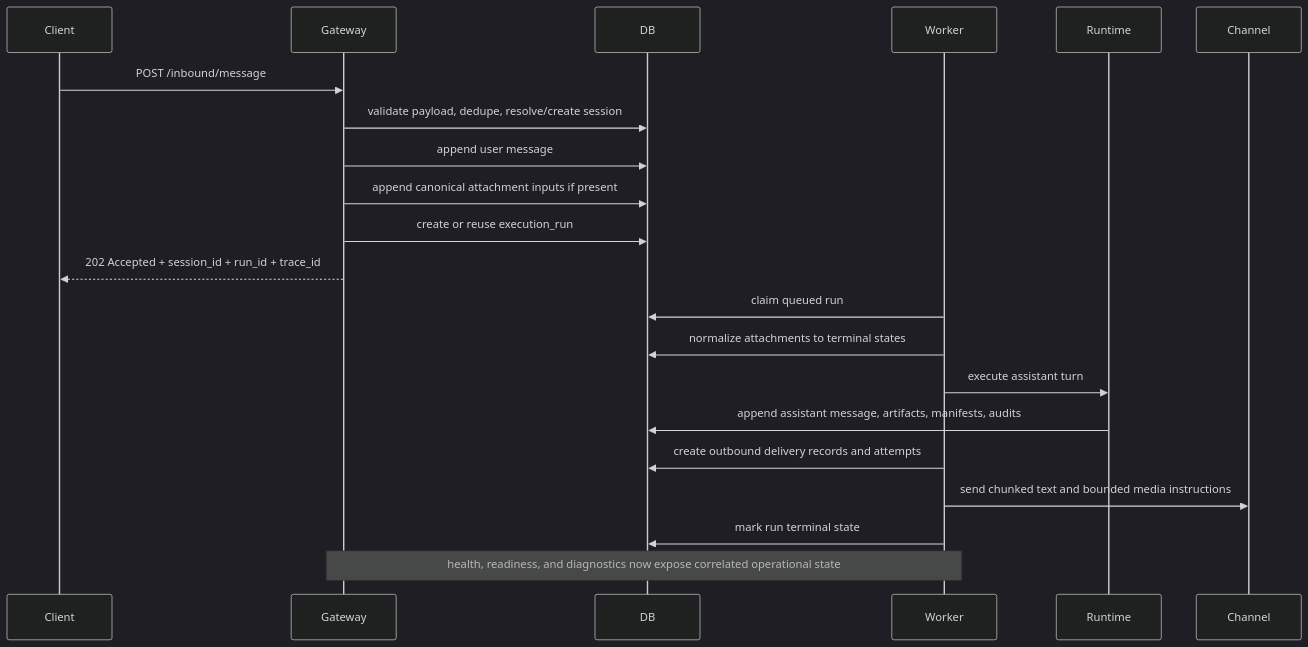
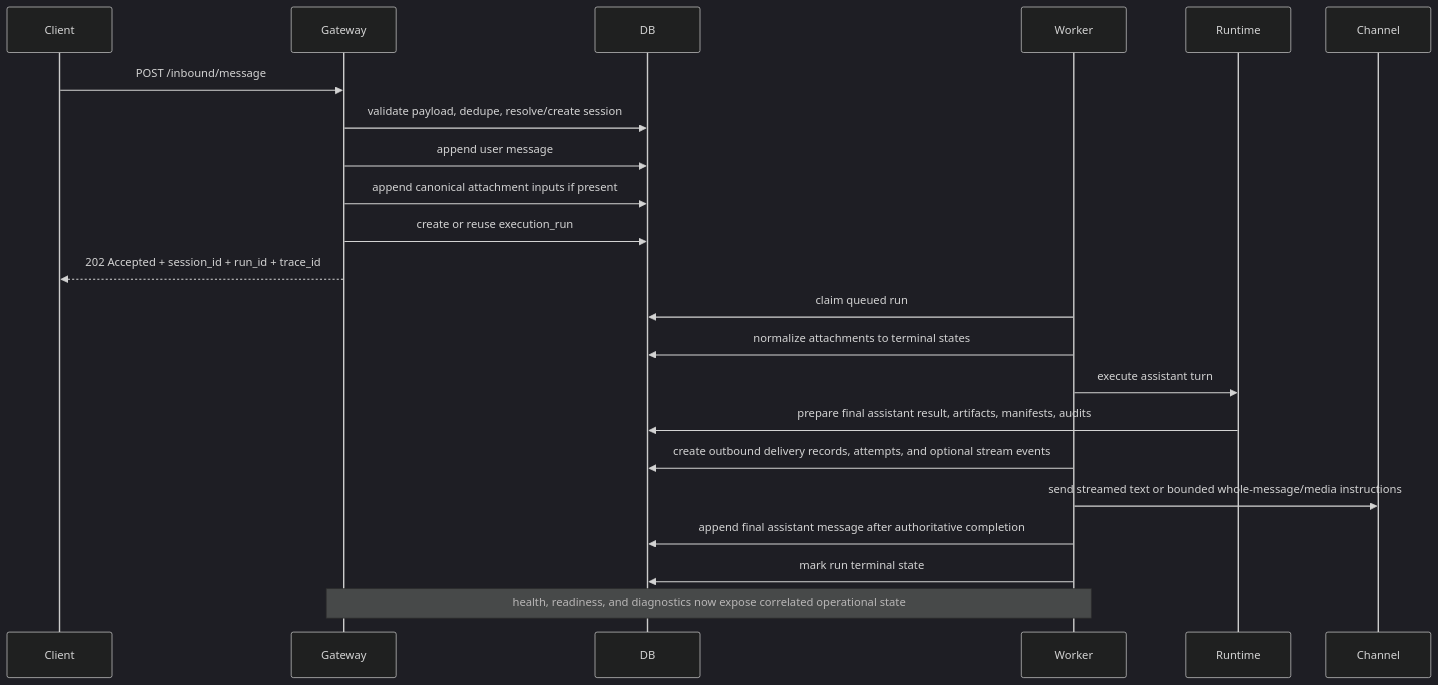
The second of 4 diagrams in README.md (scott5252/python-claw), drawn with Mermaid (dark theme) before and after one commit. The commit also changed other lines of this file and 22 other files, not shown here.

````diff
--- a/README.md
+++ b/README.md
@@ -117,24 +117,25 @@
 ```mermaid
 sequenceDiagram
     participant Client
     participant Gateway
     participant DB
     participant Worker
     participant Runtime
     participant Channel
 
     Client->>Gateway: POST /inbound/message
     Gateway->>DB: validate payload, dedupe, resolve/create session
     Gateway->>DB: append user message
     Gateway->>DB: append canonical attachment inputs if present
     Gateway->>DB: create or reuse execution_run
     Gateway-->>Client: 202 Accepted + session_id + run_id + trace_id
     Worker->>DB: claim queued run
     Worker->>DB: normalize attachments to terminal states
     Worker->>Runtime: execute assistant turn
-    Runtime->>DB: append assistant message, artifacts, manifests, audits
-    Worker->>DB: create outbound delivery records and attempts
-    Worker->>Channel: send chunked text and bounded media instructions
+    Runtime->>DB: prepare final assistant result, artifacts, manifests, audits
+    Worker->>DB: create outbound delivery records, attempts, and optional stream events
+    Worker->>Channel: send streamed text or bounded whole-message/media instructions
+    Worker->>DB: append final assistant message after authoritative completion
     Worker->>DB: mark run terminal state
     Note over Gateway,Worker: health, readiness, and diagnostics now expose correlated operational state
 ```
````
